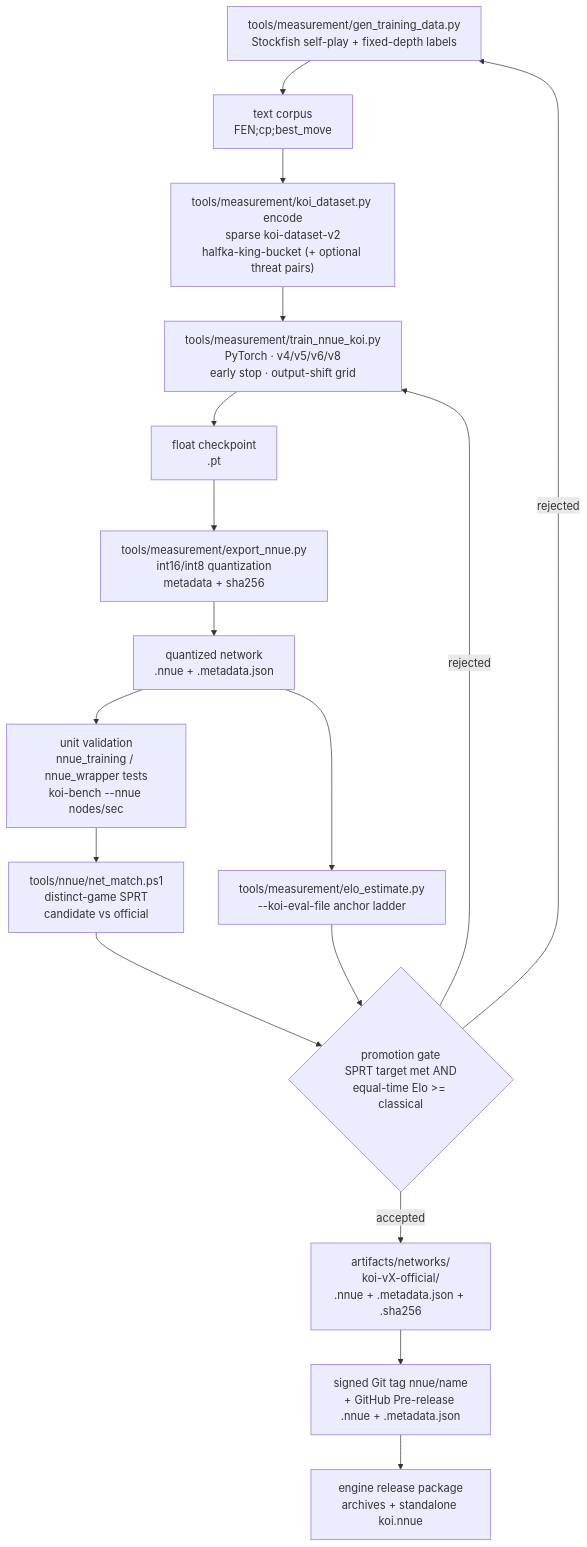
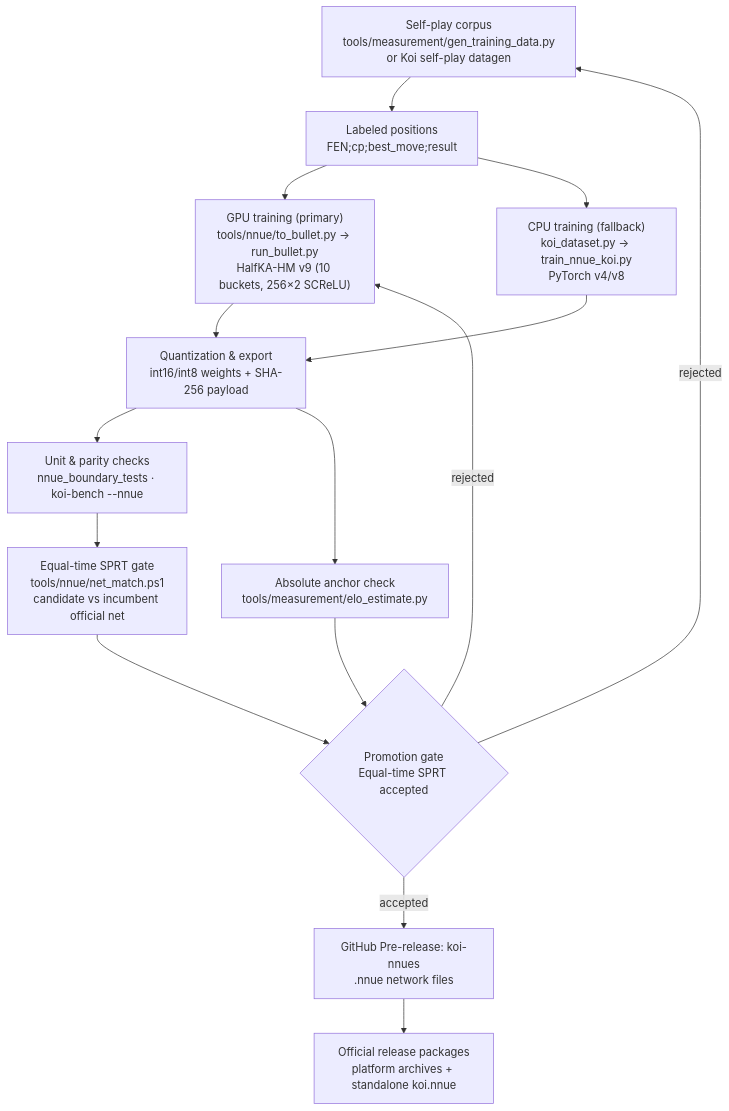
Before and after one commit to nhatquang1701/Koi: the diagram in docs/NNUE_PIPELINE.md, drawn with Mermaid. The commit also changed other lines of this file and 12 other files, not shown here.

Commit message:
docs: modernize README, Material site, Mermaid assets, and v9 specs

````diff
--- a/docs/NNUE_PIPELINE.md
+++ b/docs/NNUE_PIPELINE.md
@@ -5,24 +5,23 @@
 ```mermaid
 flowchart TD
-    DATA["tools/measurement/gen_training_data.py<br/>Stockfish self-play + fixed-depth labels"]
-    TEXT["text corpus<br/>FEN;cp;best_move"]
-    ENCODE["tools/measurement/koi_dataset.py encode<br/>sparse koi-dataset-v2<br/>halfka-king-bucket (+ optional threat pairs)"]
-    TRAIN["tools/measurement/train_nnue_koi.py<br/>PyTorch · v4/v5/v6/v8<br/>early stop · output-shift grid"]
-    FLOAT["float checkpoint<br/>.pt"]
-    EXPORT["tools/measurement/export_nnue.py<br/>int16/int8 quantization<br/>metadata + sha256"]
-    NET["quantized network<br/>.nnue + .metadata.json"]
-    UNIT["unit validation<br/>nnue_training / nnue_wrapper tests<br/>koi-bench --nnue nodes/sec"]
-    AB["tools/nnue/net_match.ps1<br/>distinct-game SPRT<br/>candidate vs official"]
-    ABS["tools/measurement/elo_estimate.py<br/>--koi-eval-file anchor ladder"]
-    GATE{"promotion gate<br/>SPRT target met AND<br/>equal-time Elo >= classical"}
-    OFFICIAL["artifacts/networks/<br/>koi-vX-official/<br/>.nnue + .metadata.json + .sha256"]
-    TAG["signed Git tag nnue/name<br/>+ GitHub Pre-release .nnue + .metadata.json"]
-    RELEASE["engine release package<br/>archives + standalone koi.nnue"]
+    DATA["Self-play corpus<br/>tools/measurement/gen_training_data.py<br/>or Koi self-play datagen"]
+    TEXT["Labeled positions<br/>FEN;cp;best_move;result"]
+    BULLET["GPU training (primary)<br/>tools/nnue/to_bullet.py → run_bullet.py<br/>HalfKA-HM v9 (10 buckets, 256×2 SCReLU)"]
+    TORCH["CPU training (fallback)<br/>koi_dataset.py → train_nnue_koi.py<br/>PyTorch v4/v8"]
+    EXPORT["Quantization & export<br/>int16/int8 weights + SHA-256 payload"]
+    UNIT["Unit & parity checks<br/>nnue_boundary_tests · koi-bench --nnue"]
+    AB["Equal-time SPRT gate<br/>tools/nnue/net_match.ps1<br/>candidate vs incumbent official net"]
+    ABS["Absolute anchor check<br/>tools/measurement/elo_estimate.py"]
+    GATE{"Promotion gate<br/>Equal-time SPRT accepted"}
+    HUB["GitHub Pre-release: koi-nnues<br/>.nnue network files"]
+    RELEASE["Official release packages<br/>platform archives + standalone koi.nnue"]
 
-    DATA --> TEXT --> ENCODE --> TRAIN --> FLOAT --> EXPORT --> NET
-    NET --> UNIT --> AB --> GATE
-    NET --> ABS --> GATE
-    GATE -- "accepted" --> OFFICIAL --> TAG --> RELEASE
+    DATA --> TEXT
+    TEXT --> BULLET --> EXPORT
+    TEXT --> TORCH --> EXPORT
+    EXPORT --> UNIT --> AB --> GATE
+    EXPORT --> ABS --> GATE
+    GATE -- "accepted" --> HUB --> RELEASE
     GATE -- "rejected" --> DATA
-    GATE -- "rejected" --> TRAIN
+    GATE -- "rejected" --> BULLET
 ```
````
